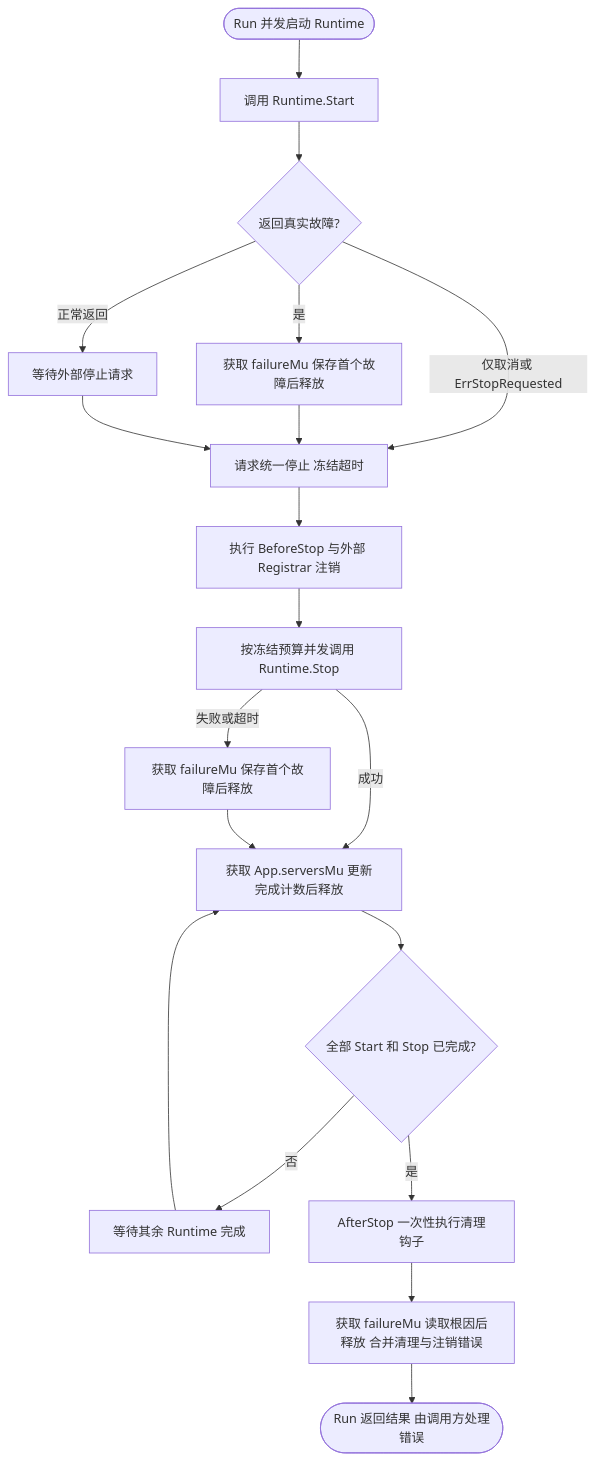
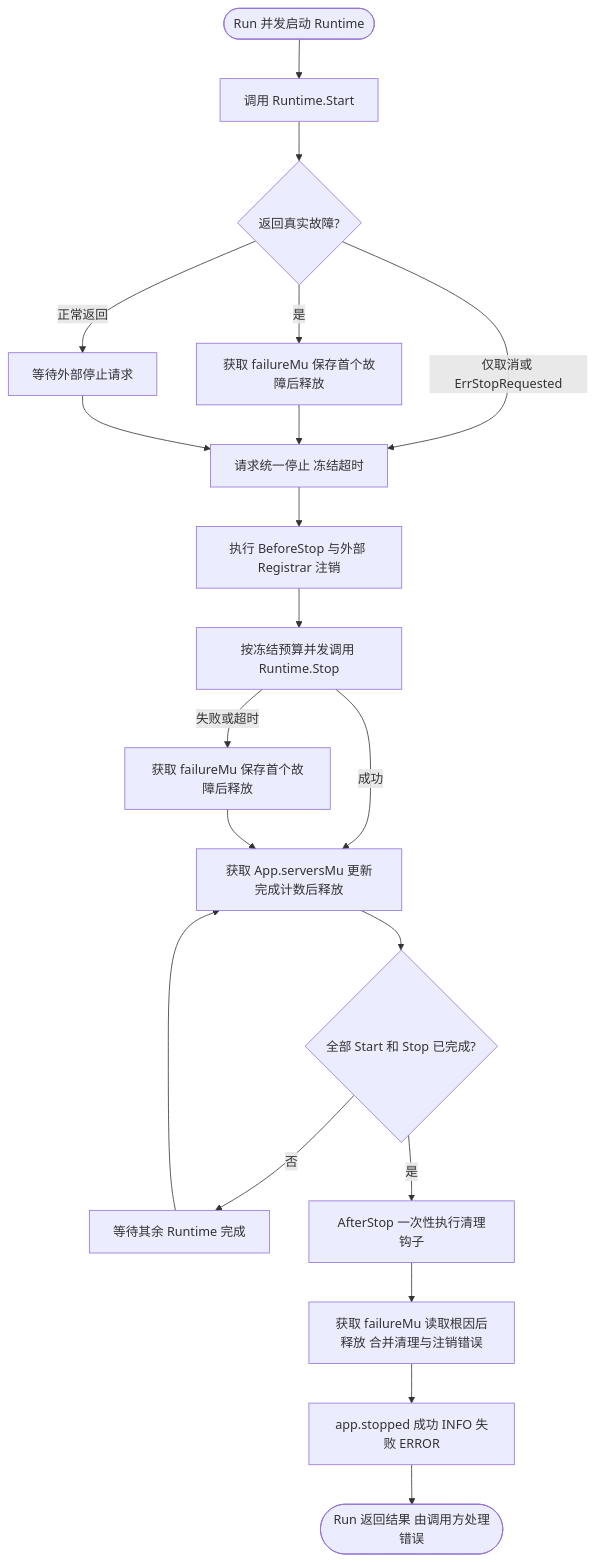
One commit to jaggerzhuang1994/kratos-foundation changed the third of 12 diagrams in pkg/app/README.md. Above: the diagram before and after it, drawn with Mermaid. The commit also changed other lines of this file and 204 other files, not shown here.

````diff
--- a/pkg/app/README.md
+++ b/pkg/app/README.md
@@ -81,21 +82,22 @@
 ```mermaid
 flowchart TD
     A([Run 并发启动 Runtime]) --> B[调用 Runtime.Start]
     B --> C{返回真实故障?}
     C -- 是 --> D[获取 failureMu 保存首个故障后释放]
     C -- 仅取消或 ErrStopRequested --> E[请求统一停止 冻结超时]
     C -- 正常返回 --> F[等待外部停止请求]
     D --> E
     F --> E
     E --> G[执行 BeforeStop 与外部 Registrar 注销]
     G --> H[按冻结预算并发调用 Runtime.Stop]
     H -- 失败或超时 --> I[获取 failureMu 保存首个故障后释放]
     H -- 成功 --> J[获取 App.serversMu 更新完成计数后释放]
     I --> J
     J --> K{全部 Start 和 Stop 已完成?}
     K -- 否 --> O[等待其余 Runtime 完成]
     O --> J
     K -- 是 --> L[AfterStop 一次性执行清理钩子]
     L --> M[获取 failureMu 读取根因后释放 合并清理与注销错误]
-    M --> N([Run 返回结果 由调用方处理错误])
+    M --> ML[app.stopped 成功 INFO 失败 ERROR]
+    ML --> N([Run 返回结果 由调用方处理错误])
 ```
````
